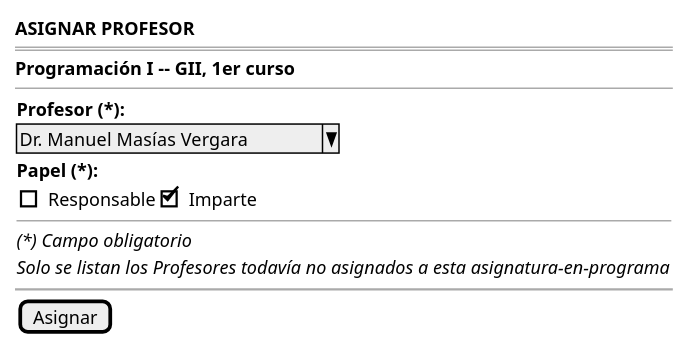
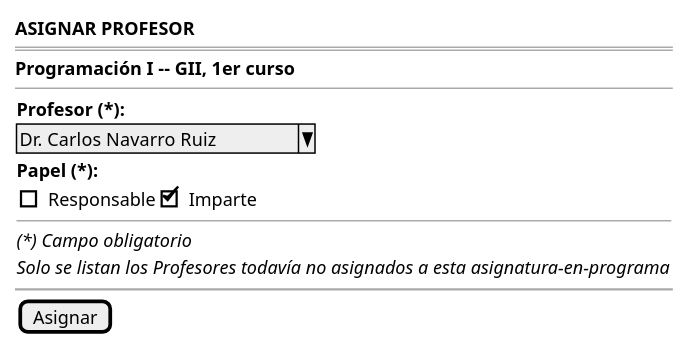
The diagram in RUP/01-requisitos/03-detalle-casos-uso/asignarProfesorAAsignaturaPrograma/wireframes.puml (mmasias/pyCeldaPublico), drawn with PlantUML before and after one commit. The commit also changed 49 other files, not shown here.

```diff
--- a/RUP/01-requisitos/03-detalle-casos-uso/asignarProfesorAAsignaturaPrograma/wireframes.puml
+++ b/RUP/01-requisitos/03-detalle-casos-uso/asignarProfesorAAsignaturaPrograma/wireframes.puml
@@ -1,19 +1,19 @@
 @startsalt asignarProfesorAAsignaturaPrograma-wireframe
 {
     <b>ASIGNAR PROFESOR</b>
     ====
     <b>Programación I -- GII, 1er curso</b>
     --
     {
         <b>Profesor (*):</b>
-        ^Dr. Manuel Masías Vergara^
+        ^Dr. Carlos Navarro Ruiz^
         <b>Papel (*):</b>
         {[ ] Responsable | [X] Imparte}
         --
         <i>(*) Campo obligatorio</i>
         <i>Solo se listan los Profesores todavía no asignados a esta asignatura-en-programa</i>
     }
     ~~
     {[Asignar]}
 }
 @endsalt
```
